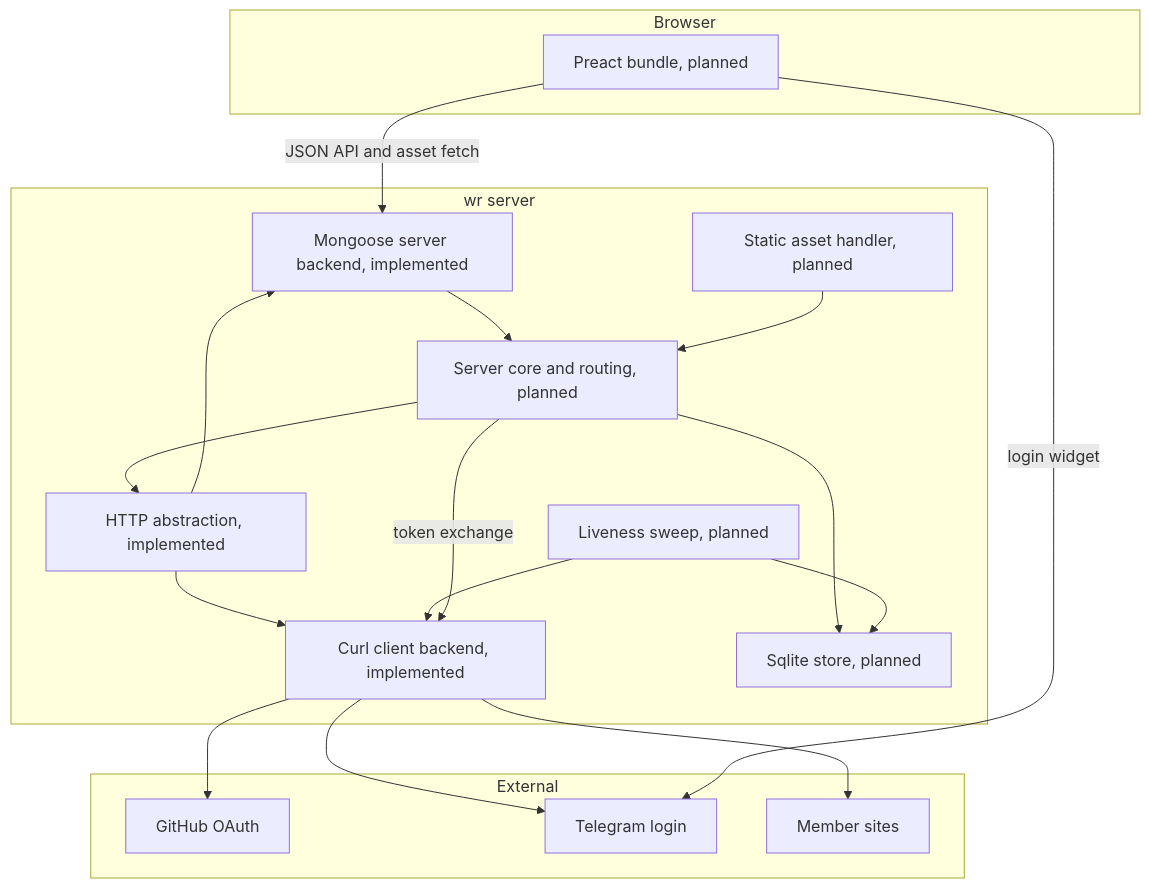
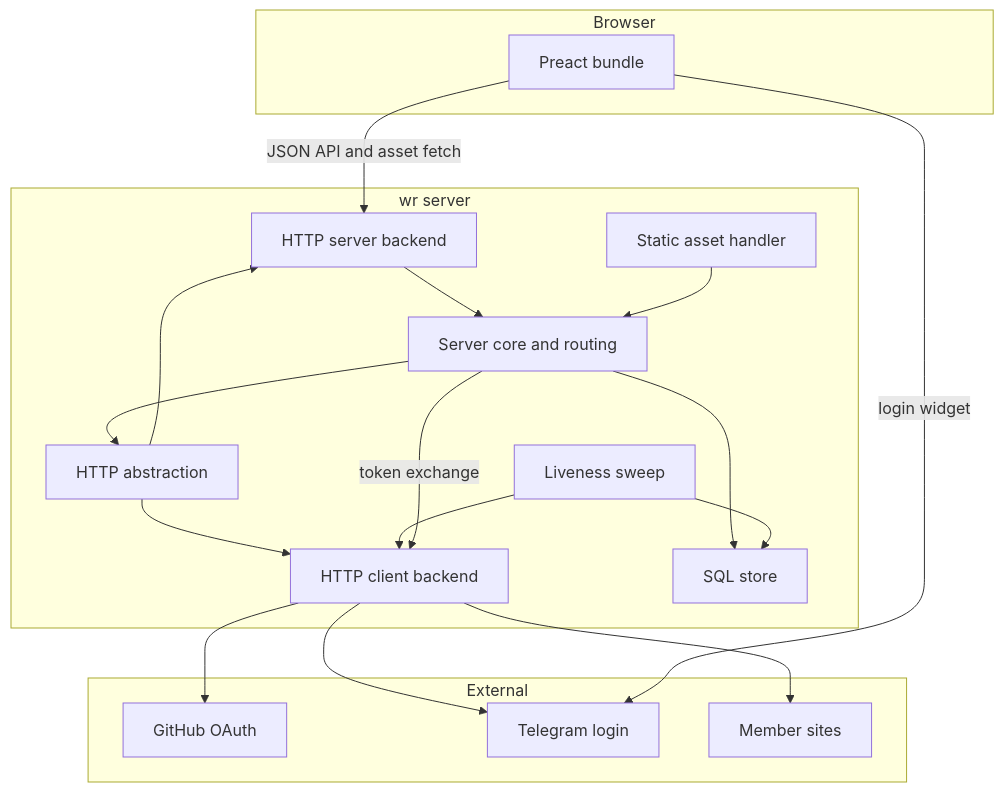
One commit to b4ck5p4c3/wr changed the first of 5 diagrams in ARCH.md. Above: the diagram before and after it, drawn with Mermaid. The commit also changed other lines of this file and 3 other files, not shown here.

````diff
--- a/ARCH.md
+++ b/ARCH.md
@@ -33,37 +18,37 @@
 ```mermaid
 flowchart TD
   subgraph browser [Browser]
-    spa[Preact bundle, planned]
+    spa[Preact bundle]
   end
 
   subgraph server [wr server]
-    core[Server core and routing, planned]
-    httpabs[HTTP abstraction, implemented]
-    mongoose[Mongoose server backend, implemented]
-    curl[Curl client backend, implemented]
-    store[Sqlite store, planned]
-    liveness[Liveness sweep, planned]
-    assets[Static asset handler, planned]
+    core[Server core and routing]
+    httpabs[HTTP abstraction]
+    mongoose[HTTP server backend]
+    curl[HTTP client backend]
+    store[SQL store]
+    liveness[Liveness sweep]
+    assets[Static asset handler]
   end
 
   subgraph external [External]
     github[GitHub OAuth]
     telegram[Telegram login]
     members[Member sites]
   end
 
   spa -->|JSON API and asset fetch| mongoose
   mongoose --> core
   assets --> core
   core --> store
   core --> httpabs
   httpabs --> mongoose
   httpabs --> curl
   liveness --> curl
   liveness --> store
   core -->|token exchange| curl
   curl --> github
   curl --> telegram
   curl --> members
   spa -->|login widget| telegram
 ```
````
